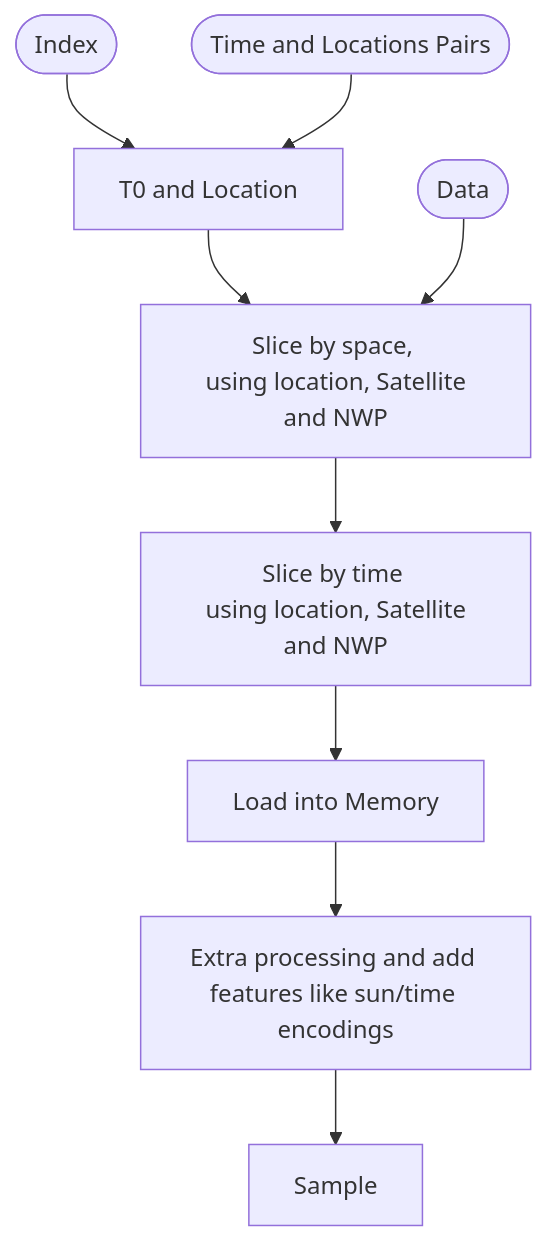
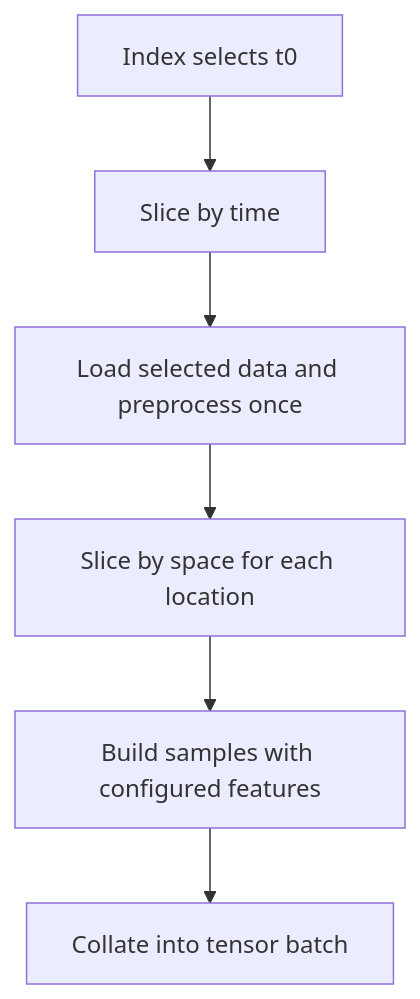
One commit to openclimatefix/ocf-data-sampler changed the third of 3 diagrams in src/ocf_data_sampler/datasets/pvnet/README.md. Above: the diagram before and after it, drawn with Mermaid. The commit also changed other lines of this file and 1 other file, not shown here.

````diff
--- a/src/ocf_data_sampler/datasets/pvnet/README.md
+++ b/src/ocf_data_sampler/datasets/pvnet/README.md
@@ -40,16 +44,8 @@
 ```mermaid
 graph TD
-    A0([Index])
-    A1([Time and Locations Pairs])
-    A0 --> B0
-    A1 --> B0
-    B0[T0 and Location]
-    B1([Data])
-    B0 --> D0
-    B1 --> D0
-    D0[Slice by space, <br> using location, Satellite and NWP] --> D1
-    D1[Slice by time <br> using location, Satellite and NWP] --> D2
-    D2[Load into Memory] --> E0
-    E0[Extra processing and add features like sun/time encodings]
-    E0 --> F[Sample]
+    T0[Index selects t0] --> SharedTime[Slice by time]
+    SharedTime --> SharedLoad[Load selected data and preprocess once]
+    SharedLoad --> Locations[Slice by space for each location]
+    Locations --> Samples[Build samples with configured features]
+    Samples --> Batch[Collate into tensor batch]
 ```
````
